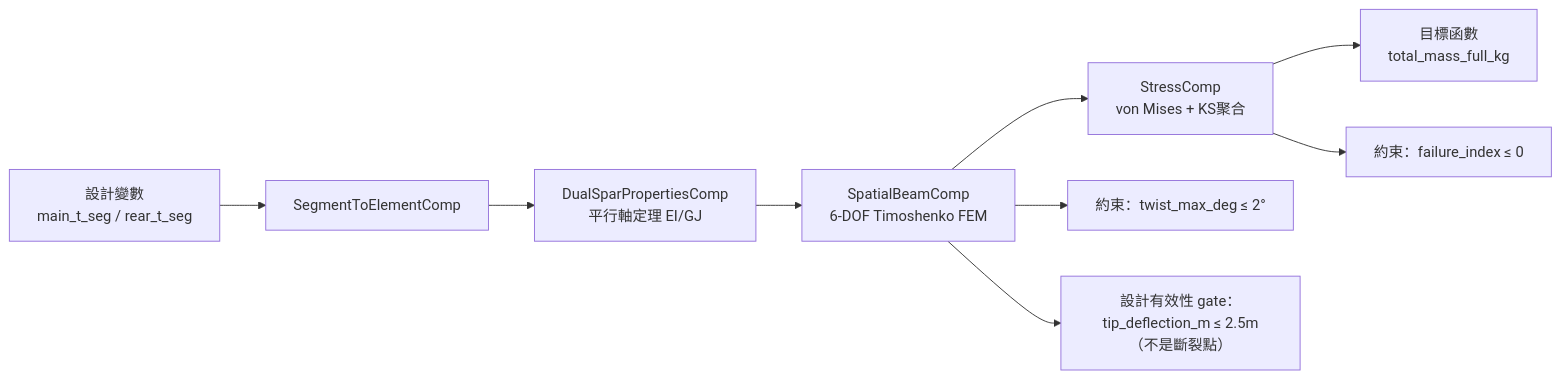
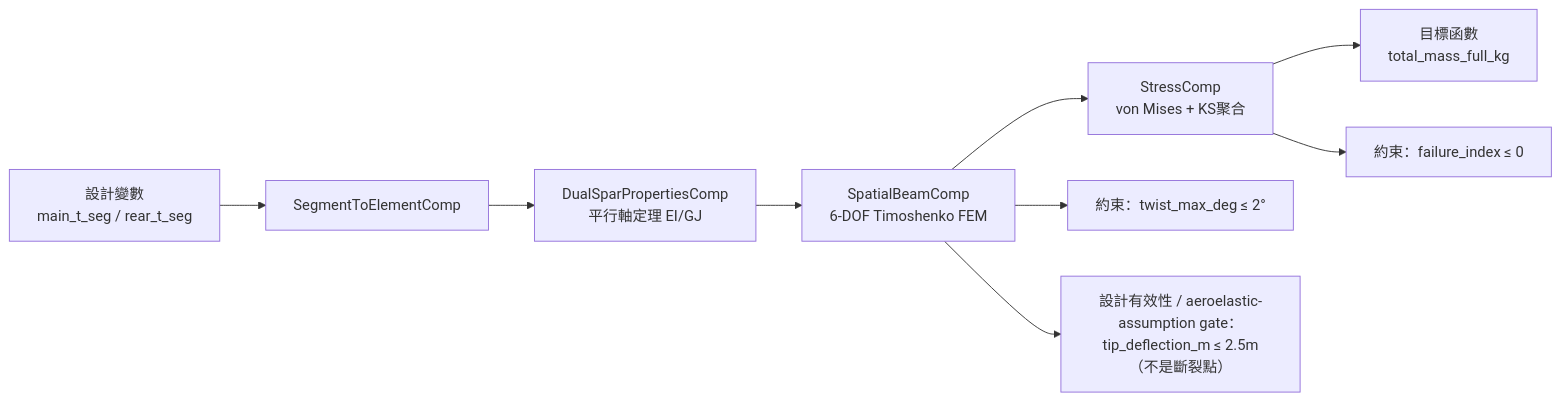
One commit to Prosper1030/hpa-mdo changed the diagram in README.md. Above: the diagram before and after it, drawn with Mermaid. The commit also changed other lines of this file, not shown here.

Commit message:
docs: 明確 tip deflection gate 邊界

````diff
--- a/README.md
+++ b/README.md
@@ -126,11 +126,11 @@
 ```mermaid
 graph LR
     DV["設計變數<br/>main_t_seg / rear_t_seg"] --> S2E["SegmentToElementComp"]
     S2E --> DSP["DualSparPropertiesComp<br/>平行軸定理 EI/GJ"]
     DSP --> SB["SpatialBeamComp<br/>6-DOF Timoshenko FEM"]
     SB --> SC["StressComp<br/>von Mises + KS聚合"]
     SC --> OBJ["目標函數<br/>total_mass_full_kg"]
     SC --> C1["約束：failure_index ≤ 0"]
     SB --> C2["約束：twist_max_deg ≤ 2°"]
-    SB --> C3["設計有效性 gate：tip_deflection_m ≤ 2.5m（不是斷裂點）"]
+    SB --> C3["設計有效性 / aeroelastic-assumption gate：tip_deflection_m ≤ 2.5m（不是斷裂點）"]
 ```
````
